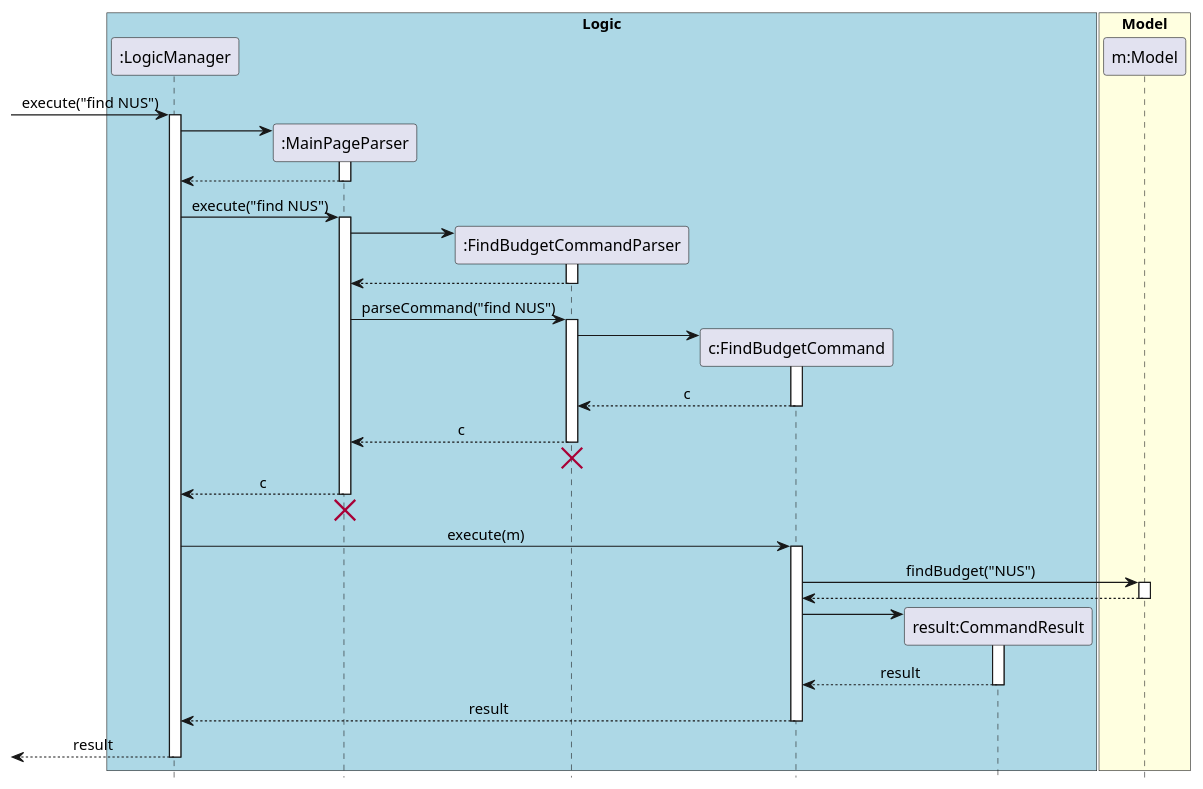
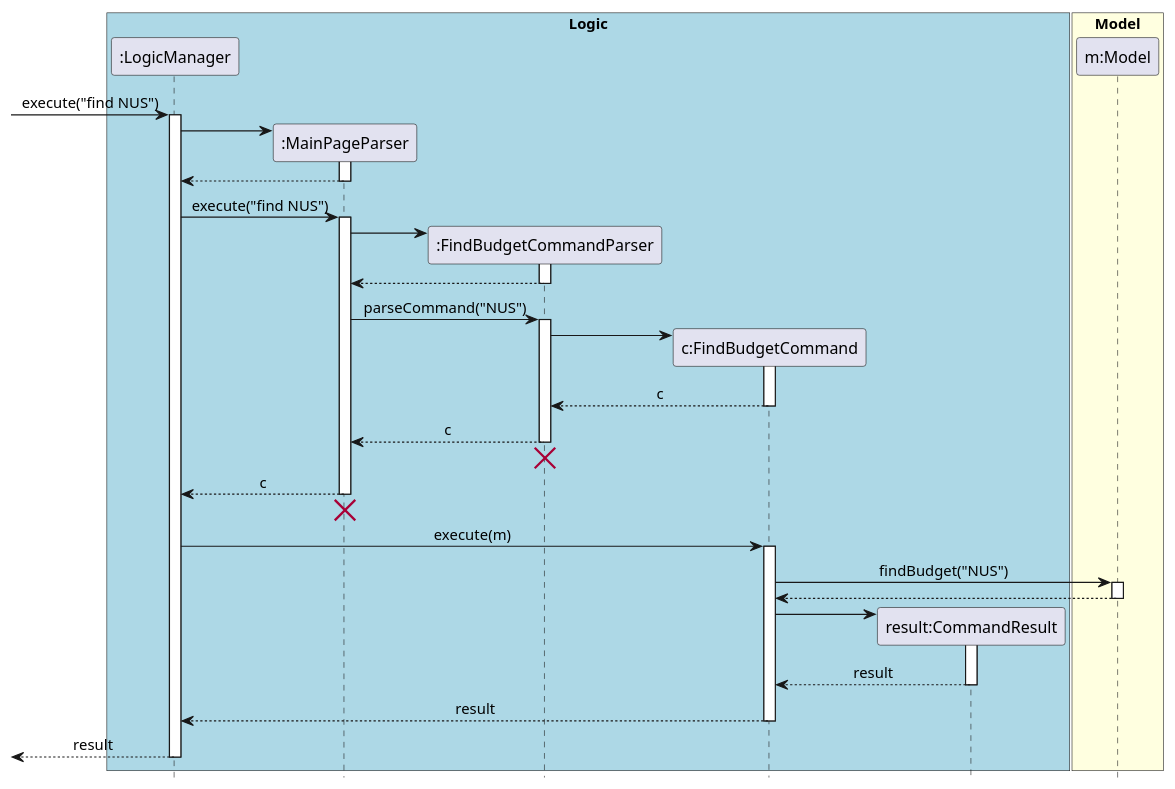
The diagram in docs/diagrams/commandsPlantUML/FindBudgetCommand.puml (yu-ming-chen/tp), drawn with PlantUML before and after one commit. The commit also changed 13 other files, not shown here.

Commit message:
Edit diagrams

```diff
--- a/docs/diagrams/commandsPlantUML/FindBudgetCommand.puml
+++ b/docs/diagrams/commandsPlantUML/FindBudgetCommand.puml
@@ -1,71 +1,71 @@
 @startuml
 hide footbox
 skinparam Sequence {
     MessageAlign center
 }
 box "Logic" #LightBlue
 participant ":LogicManager" as LM
 participant ":MainPageParser" as MPP
 participant ":FindBudgetCommandParser" as FBCP
 participant "c:FindBudgetCommand" as FBC
 participant "result:CommandResult" as CR
 end box
 
 box "Model" #LightYellow
 participant "m:Model" as M
 end box
 
 [-> LM : execute("find NUS")
 activate LM
 create MPP
 LM -> MPP
 activate MPP
 LM <-- MPP
 deactivate MPP
 
 LM -> MPP : execute("find NUS")
 activate MPP
 
 create FBCP
 MPP -> FBCP
 activate FBCP
 MPP <-- FBCP
 deactivate FBCP
 
-MPP -> FBCP : parseCommand("find NUS")
+MPP -> FBCP : parseCommand("NUS")
 activate FBCP
 
 create FBC
 FBCP -> FBC
 activate FBC
 FBCP <-- FBC : c
 deactivate FBC
 MPP <-- FBCP : c
 deactivate FBCP
 FBCP -[hidden]-> MPP
 destroy FBCP
 
 LM <-- MPP : c
 deactivate MPP
 LM <-[hidden]- MPP
 destroy MPP
 
 LM -> FBC : execute(m)
 activate FBC
 
 FBC -> M : findBudget("NUS")
 activate M
 FBC <-- M
 deactivate M
 
 create CR
 FBC -> CR
 activate CR
 FBC <-- CR : result
 deactivate CR
 
 LM <-- FBC : result
 deactivate FBC
 [<-- LM : result
 deactivate LM
 @enduml
```
